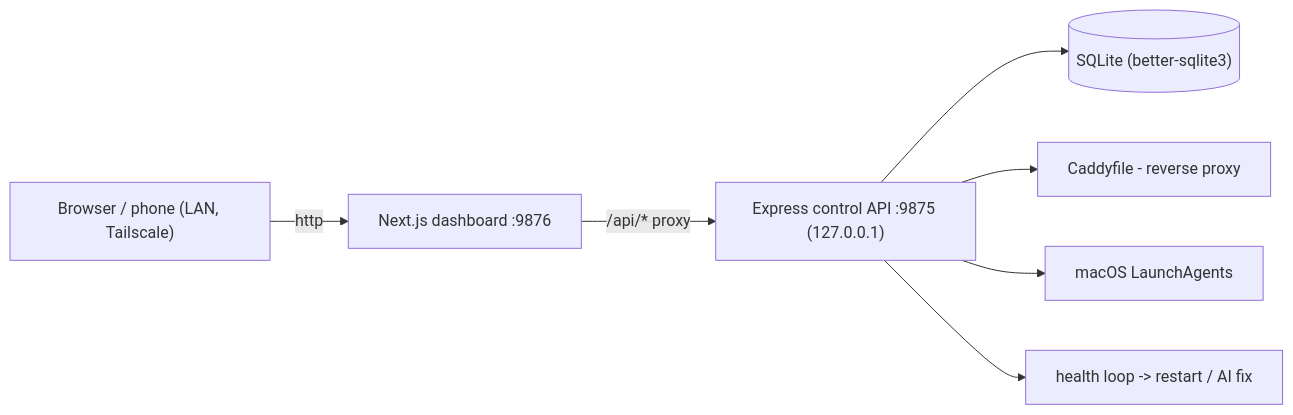
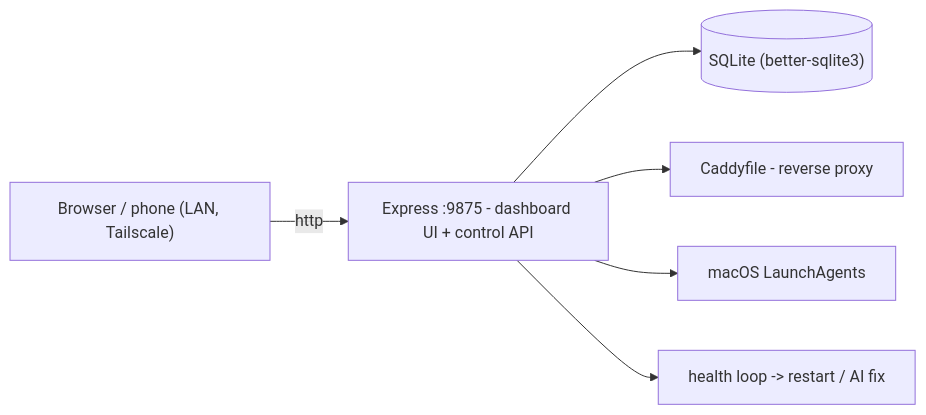
One commit to bunlongheng/local-apps changed the first of 2 diagrams in README.md. Above: the diagram before and after it, drawn with Mermaid. The commit also changed other lines of this file and 45 other files, not shown here.

First line of the commit message:
refactor: collapse dashboard from Next.js to one Express service

````diff
--- a/README.md
+++ b/README.md
@@ -41,9 +41,8 @@
 ```mermaid
 flowchart LR
-    Browser["Browser / phone (LAN, Tailscale)"] -->|http| Dash["Next.js dashboard :9876"]
-    Dash -->|/api/* proxy| API["Express control API :9875 (127.0.0.1)"]
+    Browser["Browser / phone (LAN, Tailscale)"] -->|http| API["Express :9875 - dashboard UI + control API"]
     API --> DB[("SQLite (better-sqlite3)")]
     API --> Caddy["Caddyfile - reverse proxy"]
     API --> Launchd["macOS LaunchAgents"]
     API --> Health["health loop -> restart / AI fix"]
 ```
````
